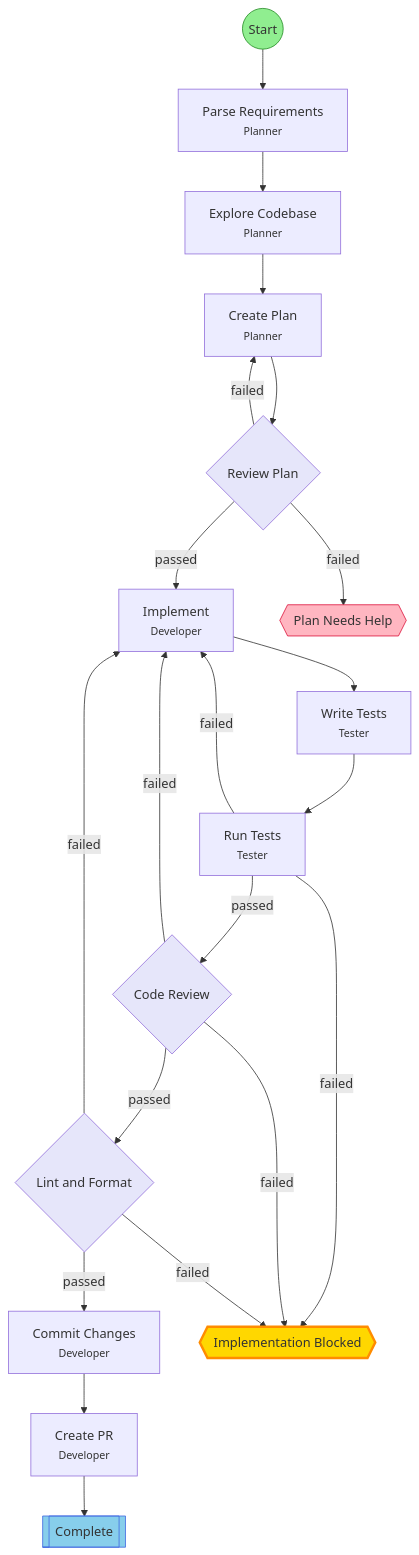
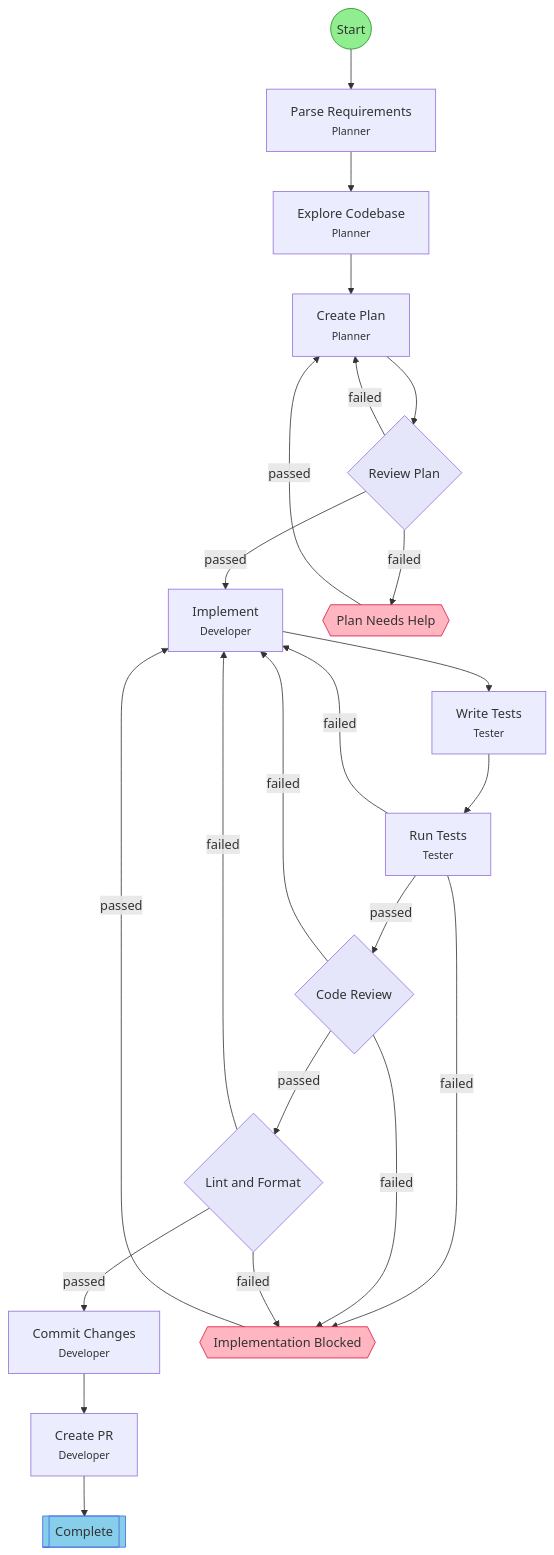
Before and after one commit to leclabs/agent-toolkit: the diagram in .flow/diagrams/feature-development.md, drawn with Mermaid. The commit also changed other lines of this file and 23 other files, not shown here.

First line of the commit message:
feat: enrich fork responses with per-branch step info for parallel task sets

````diff
--- a/.flow/diagrams/feature-development.md
+++ b/.flow/diagrams/feature-development.md
@@ -7,50 +7,52 @@
 ```mermaid
 flowchart TD
     start(("Start"))
     parse_requirements["Parse Requirements<br/><small>Planner</small>"]
     explore_codebase["Explore Codebase<br/><small>Planner</small>"]
     create_plan["Create Plan<br/><small>Planner</small>"]
     plan_review{"Review Plan"}
     implement["Implement<br/><small>Developer</small>"]
     write_tests["Write Tests<br/><small>Tester</small>"]
     run_tests["Run Tests<br/><small>Tester</small>"]
     code_review{"Code Review"}
     lint_format{"Lint and Format"}
     commit["Commit Changes<br/><small>Developer</small>"]
     create_pr["Create PR<br/><small>Developer</small>"]
     end_success[["Complete"]]
     hitl_plan_failed{{"Plan Needs Help"}}
     hitl_impl_failed{{"Implementation Blocked"}}
 
     start --> parse_requirements
     parse_requirements --> explore_codebase
     explore_codebase --> create_plan
     create_plan --> plan_review
     plan_review -->|failed| create_plan
     plan_review -->|failed| hitl_plan_failed
     plan_review -->|passed| implement
     implement --> write_tests
     write_tests --> run_tests
     run_tests -->|failed| implement
     run_tests -->|failed| hitl_impl_failed
     run_tests -->|passed| code_review
     code_review -->|failed| implement
     code_review -->|failed| hitl_impl_failed
     code_review -->|passed| lint_format
     lint_format -->|passed| commit
     lint_format -->|failed| implement
     lint_format -->|failed| hitl_impl_failed
     commit --> create_pr
     create_pr --> end_success
+    hitl_plan_failed -->|passed| create_plan
+    hitl_impl_failed -->|passed| implement
 
     classDef startStep fill:#90EE90,stroke:#228B22
     classDef successStep fill:#87CEEB,stroke:#4169E1
     classDef hitlStep fill:#FFB6C1,stroke:#DC143C
     classDef gateStep fill:#E6E6FA,stroke:#9370DB
+    classDef forkJoinStep fill:#FFEAA7,stroke:#FDCB6E
     classDef currentStep fill:#FFD700,stroke:#FF8C00,stroke-width:3px
     class start startStep
     class end_success successStep
     class hitl_plan_failed,hitl_impl_failed hitlStep
     class plan_review,code_review,lint_format gateStep
-    class hitl_impl_failed currentStep
 ```
````
